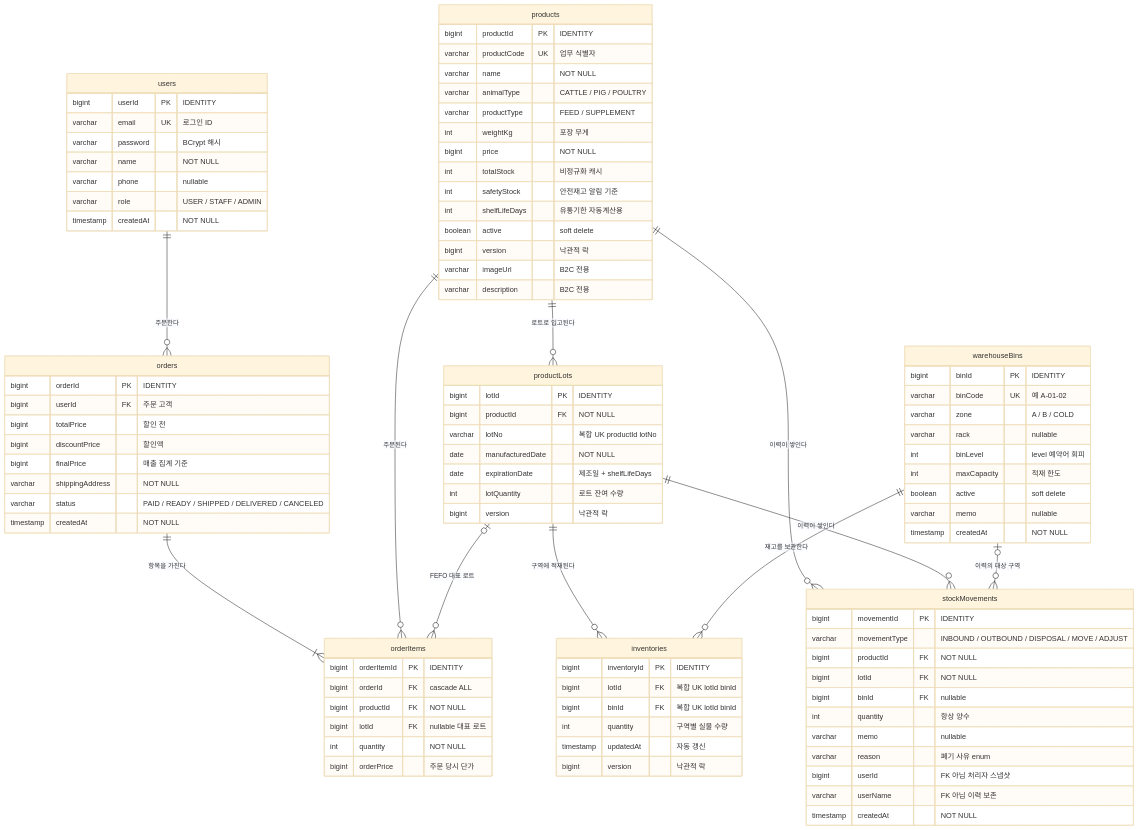
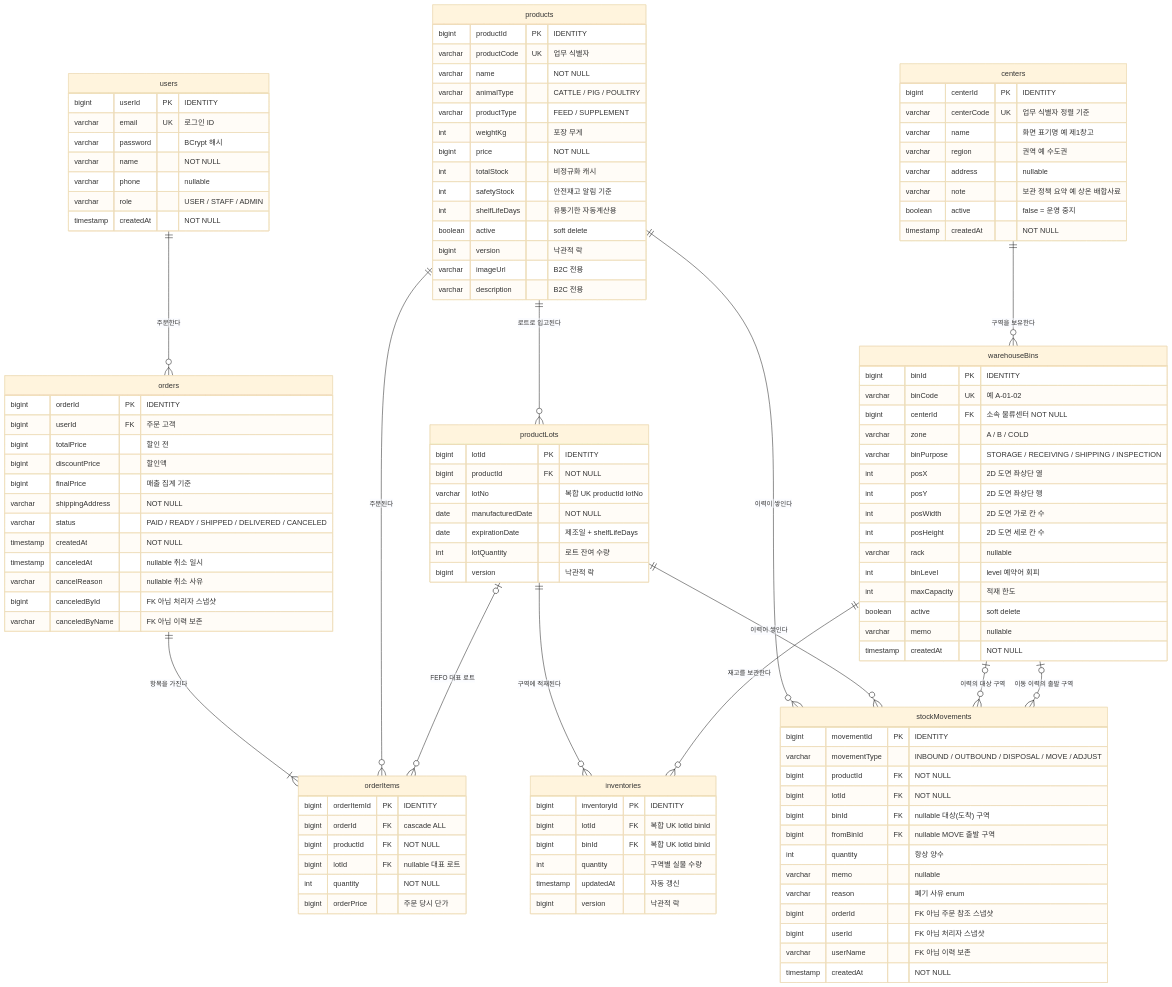
One commit to Lyw4/pg changed the first of 5 diagrams in docs/erd.md. Above: the diagram before and after it, drawn with Mermaid (base theme). The commit also changed other lines of this file and 34 other files, not shown here.

First line of the commit message:
feat: Warehouse enum 을 Center 엔티티로 승격 (Epic P1)

```diff
--- a/docs/erd.md
+++ b/docs/erd.md
@@ -20,8 +20,10 @@
     productLots    ||--o{ inventories    : "구역에 적재된다"
     productLots    |o--o{ orderItems     : "FEFO 대표 로트"
     productLots    ||--o{ stockMovements : "이력이 쌓인다"
+    centers        ||--o{ warehouseBins  : "구역을 보유한다"
     warehouseBins  ||--o{ inventories    : "재고를 보관한다"
     warehouseBins  |o--o{ stockMovements : "이력의 대상 구역"
+    warehouseBins  |o--o{ stockMovements : "이동 이력의 출발 구역"
 
     users {
         bigint    userId    PK "IDENTITY"
@@ -31,6 +33,17 @@
         varchar   phone        "nullable"
         varchar   role         "USER / STAFF / ADMIN"
         timestamp createdAt    "NOT NULL"
+    }
+
+    centers {
+        bigint    centerId   PK "IDENTITY"
+        varchar   centerCode UK "업무 식별자 정렬 기준"
+        varchar   name          "화면 표기명 예 제1창고"
+        varchar   region        "권역 예 수도권"
+        varchar   address       "nullable"
+        varchar   note          "보관 정책 요약 예 상온 배합사료"
+        boolean   active        "false = 운영 중지"
+        timestamp createdAt     "NOT NULL"
     }
 
     products {
@@ -63,7 +76,13 @@
     warehouseBins {
         bigint    binId       PK "IDENTITY"
         varchar   binCode     UK "예 A-01-02"
+        bigint    centerId    FK "소속 물류센터 NOT NULL"
         varchar   zone           "A / B / COLD"
+        varchar   binPurpose     "STORAGE / RECEIVING / SHIPPING / INSPECTION"
+        int       posX           "2D 도면 좌상단 열"
+        int       posY           "2D 도면 좌상단 행"
+        int       posWidth       "2D 도면 가로 칸 수"
+        int       posHeight      "2D 도면 세로 칸 수"
         varchar   rack           "nullable"
         int       binLevel       "level 예약어 회피"
         int       maxCapacity    "적재 한도"
@@ -90,6 +109,10 @@
         varchar   shippingAddress    "NOT NULL"
         varchar   status             "PAID / READY / SHIPPED / DELIVERED / CANCELED"
         timestamp createdAt          "NOT NULL"
+        timestamp canceledAt         "nullable 취소 일시"
+        varchar   cancelReason       "nullable 취소 사유"
+        bigint    canceledById       "FK 아님 처리자 스냅샷"
+        varchar   canceledByName     "FK 아님 이력 보존"
     }
 
     orderItems {
@@ -106,10 +129,12 @@
         varchar   movementType    "INBOUND / OUTBOUND / DISPOSAL / MOVE / ADJUST"
         bigint    productId    FK "NOT NULL"
         bigint    lotId        FK "NOT NULL"
-        bigint    binId        FK "nullable"
+        bigint    binId        FK "nullable 대상(도착) 구역"
+        bigint    fromBinId    FK "nullable MOVE 출발 구역"
         int       quantity        "항상 양수"
         varchar   memo            "nullable"
         varchar   reason          "폐기 사유 enum"
+        bigint    orderId         "FK 아님 주문 참조 스냅샷"
         bigint    userId          "FK 아님 처리자 스냅샷"
         varchar   userName        "FK 아님 이력 보존"
         timestamp createdAt       "NOT NULL"
```
